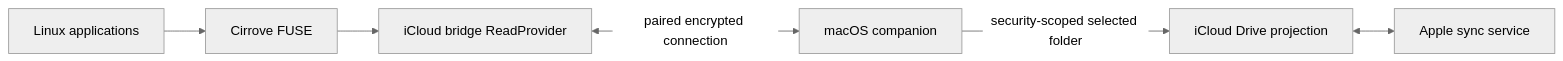
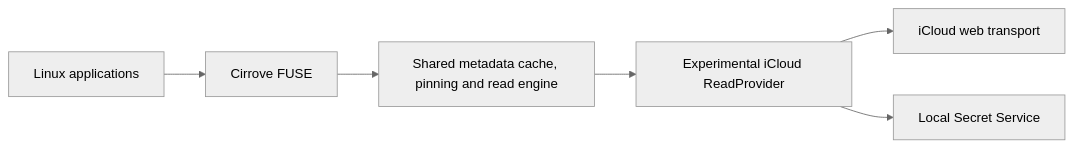
The diagram in docs/adr/0016-icloud-drive-needs-a-supported-transport.md (Dandiccf/cirrove), drawn with Mermaid (neutral theme) before and after one commit. The commit also changed other lines of this file and 2 other files, not shown here.

Commit message:
Document direct Linux iCloud Drive feasibility

````diff
--- a/docs/adr/0016-icloud-drive-needs-a-supported-transport.md
+++ b/docs/adr/0016-icloud-drive-needs-a-supported-transport.md
@@ -66,8 +91,8 @@
 ```mermaid
 flowchart LR
     Apps[Linux applications] --> FUSE[Cirrove FUSE]
-    FUSE --> Adapter[iCloud bridge ReadProvider]
-    Adapter <-->|paired encrypted connection| Companion[macOS companion]
-    Companion -->|security-scoped selected folder| Local[iCloud Drive projection]
-    Local <--> Apple[Apple sync service]
+    FUSE --> Engine[Shared metadata cache, pinning and read engine]
+    Engine --> Adapter[Experimental iCloud ReadProvider]
+    Adapter --> Web[iCloud web transport]
+    Adapter --> Vault[Local Secret Service]
 ```
````
